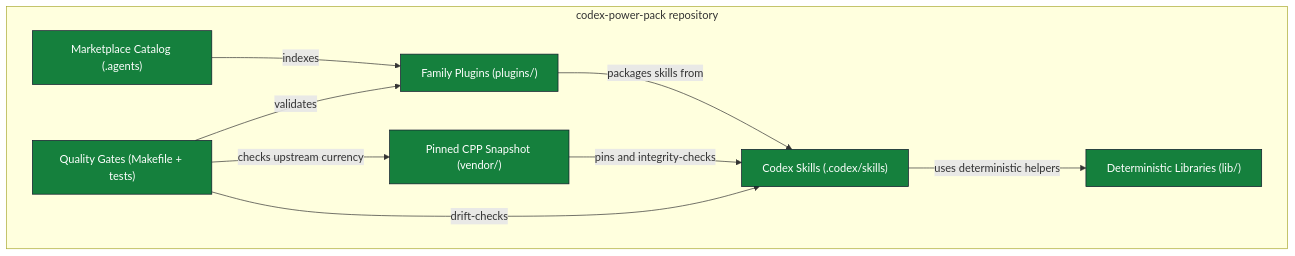
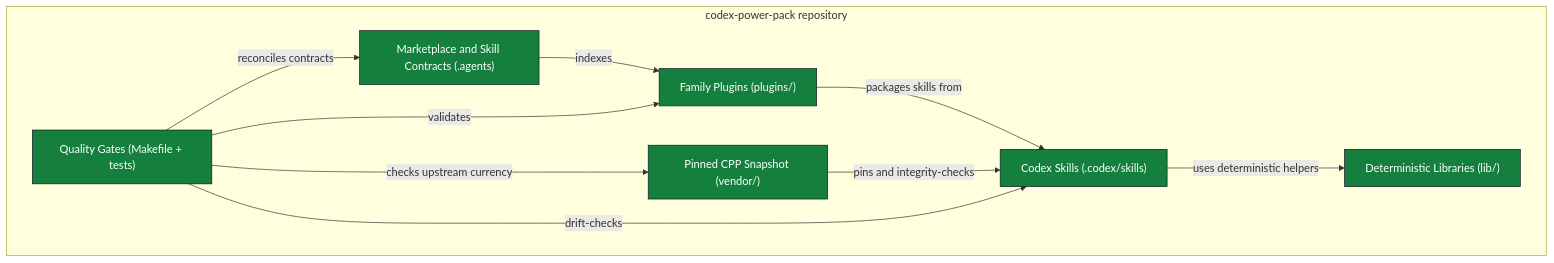
Before and after one commit to cooneycw/codex-power-pack: the second of 4 diagrams in docs/architecture/index.md, drawn with Mermaid. The commit also changed other lines of this file and 15 other files, not shown here.

````diff
--- a/docs/architecture/index.md
+++ b/docs/architecture/index.md
@@ -31,19 +31,20 @@
 ```mermaid
 flowchart TB
   subgraph repo["codex-power-pack repository"]
-    marketplace_catalog["Marketplace Catalog (.agents)"]:::container
+    marketplace_catalog["Marketplace and Skill Contracts (.agents)"]:::container
     family_plugins["Family Plugins (plugins/)"]:::container
     codex_skills["Codex Skills (.codex/skills)"]:::container
     vendor_snapshot["Pinned CPP Snapshot (vendor/)"]:::container
     runtime_libraries["Deterministic Libraries (lib/)"]:::container
     quality_gates["Quality Gates (Makefile + tests)"]:::container
   end
   marketplace_catalog -->|"indexes"| family_plugins
   family_plugins -->|"packages skills from"| codex_skills
   vendor_snapshot -->|"pins and integrity-checks"| codex_skills
   codex_skills -->|"uses deterministic helpers"| runtime_libraries
   quality_gates -->|"validates"| family_plugins
+  quality_gates -->|"reconciles contracts"| marketplace_catalog
   quality_gates -->|"drift-checks"| codex_skills
   quality_gates -->|"checks upstream currency"| vendor_snapshot
   classDef container fill:#15803d,color:#ffffff,stroke:#0f172a
 ```
````
